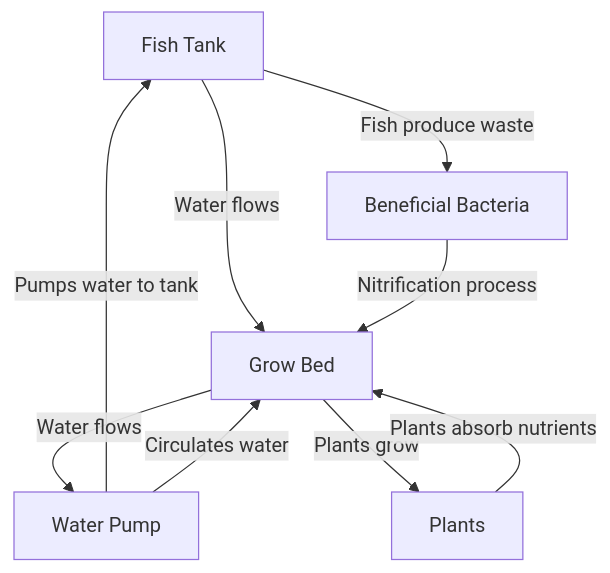
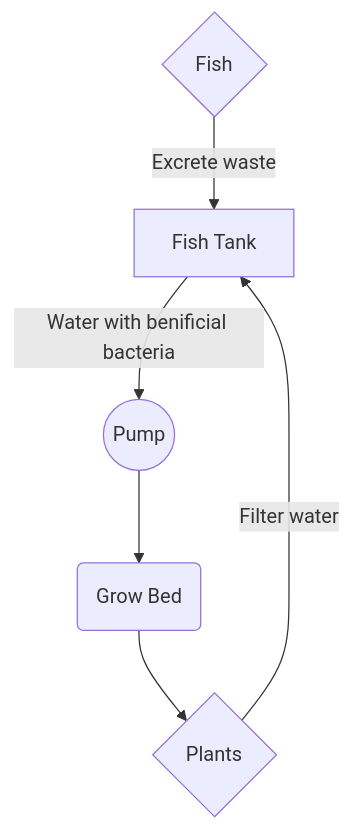
The diagram in content/02 - Areas/Spark-Y/Aquaponics Lesson Plans for Grades K-5.md (ALifeLivedFully-Domain/Notes.ALifeLivedFully.com), drawn with Mermaid before and after one commit.

````diff
--- a/content/02 - Areas/Spark-Y/Aquaponics Lesson Plans for Grades K-5.md
+++ b/content/02 - Areas/Spark-Y/Aquaponics Lesson Plans for Grades K-5.md
@@ -53,12 +53,9 @@
 ```mermaid
 graph TB
-A[Fish Tank] -->|Water flows| B[Grow Bed]
-B -->|Water flows| C[Water Pump]
-C -->|Pumps water to tank| A
-B -->|Plants grow| D[Plants]
-A -->|Fish produce waste| E[Beneficial Bacteria]
-E -->|Nitrification process| B
-D -->|Plants absorb nutrients| B
-C -->|Circulates water| B
+A[Fish Tank] -->|Water with benificial bacteria| B
+B((Pump)) --> C
+C(Grow Bed) --> D
+D{Plants} -->|Filter water| A
+E{Fish} -->|Excrete waste| A
 
 ```
````
